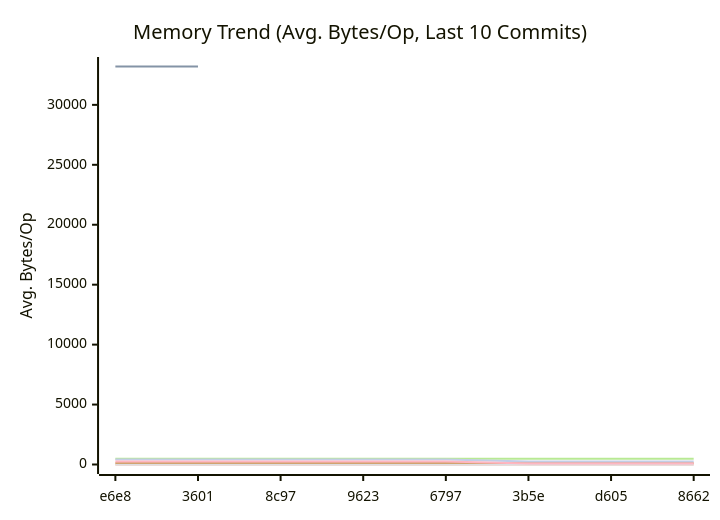
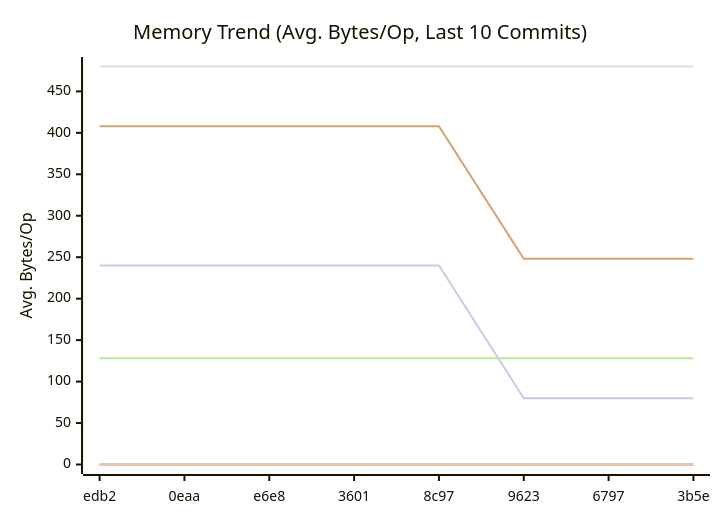
Before and after one commit to alsotoes/momo: the second of 3 diagrams in docs/README.md, drawn with Mermaid. The commit also changed other lines of this file and 4 other files, not shown here.

````diff
--- a/docs/README.md
+++ b/docs/README.md
@@ -323,15 +318,14 @@
 ```mermaid
 xychart-beta
     title "Memory Trend (Avg. Bytes/Op, Last 10 Commits)"
     x-axis "Commit"
     y-axis "Avg. Bytes/Op"
-    x-axis [e6e8,3601,8c97,9623,6797,3b5e,d605,8662]
+    x-axis [edb2,0eaa,e6e8,3601,8c97,9623,6797,3b5e]
     line "CheckMetricsAndSwap" [0,0,0,0,0,0,0,0,0,0]
-    line "HashFile" [33197,33200]
     line "IndexDirectTracking" [0,0,0,0,0,0,0,0,0,0]
     line "IndexSearch" [0,0,0,0,0,0,0,0,0,0]
     line "LoadGlobalConfig" [480,480,480,480,480,480,480,480,480,480]
     line "PadString" [128,128,128,128,128,128,128,128,128,128]
     line "ParseReplicationOrder_NoPrealloc" [408,408,408,408,408,248,248,248,248,248]
     line "ParseReplicationOrder_Prealloc" [240,240,240,240,240,80,80,80,80,80]
 ```
````
